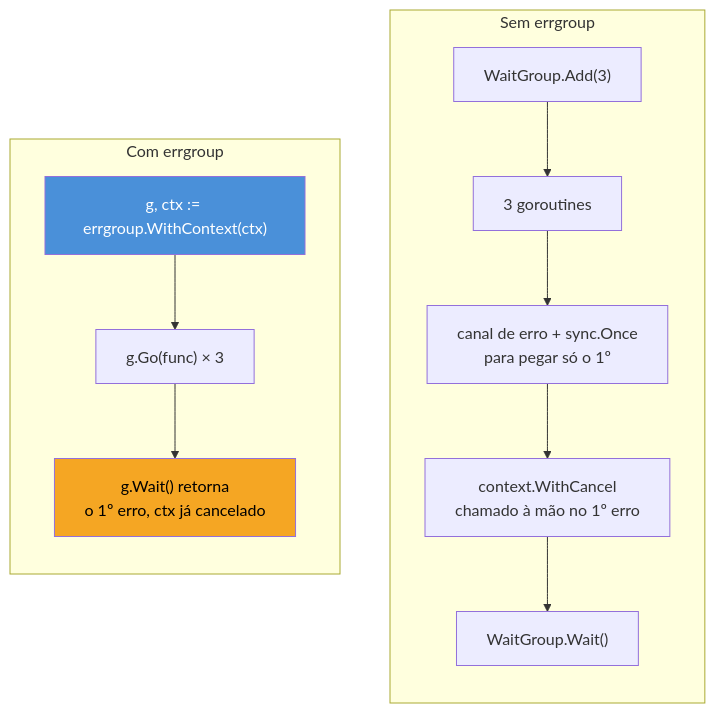
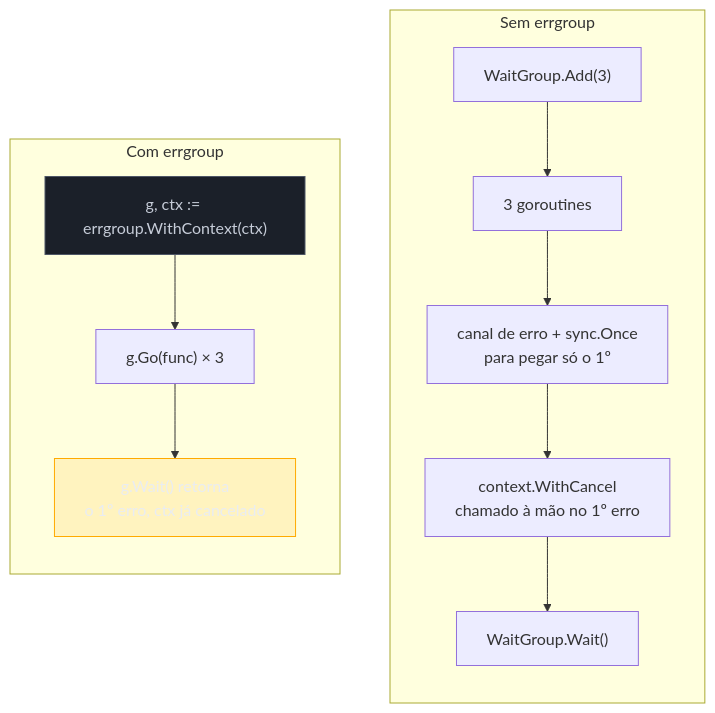
The first of 3 diagrams in 03-Dominios/Tecnologia/Go/09 - Sincronização e context/08 - Padrões de concorrência idiomáticos.md (josenaldo/codex-technomanticus), drawn with Mermaid before and after one commit. The commit also changed other lines of this file and 1181 other files, not shown here.

First line of the commit message:
fix(diagramas): paleta do sistema no lugar de cor cravada no markdown

````diff
--- a/03-Dominios/Tecnologia/Go/09 - Sincronização e context/08 - Padrões de concorrência idiomáticos.md
+++ b/03-Dominios/Tecnologia/Go/09 - Sincronização e context/08 - Padrões de concorrência idiomáticos.md
@@ -28,18 +28,20 @@
 ```mermaid
 flowchart TB
+    classDef neutro fill:#1B2029,stroke:#4E5666,color:#C6CCD8
+    classDef destaque fill:#FFAA0024,stroke:#FFAA00,color:#E9ECF2
     subgraph Manual["Sem errgroup"]
         direction TB
         M1["WaitGroup.Add(3)"] --> M2["3 goroutines"]
         M2 --> M3["canal de erro + sync.Once\npara pegar só o 1º"]
         M3 --> M4["context.WithCancel\nchamado à mão no 1º erro"]
         M4 --> M5["WaitGroup.Wait()"]
     end
     subgraph ErrGroup["Com errgroup"]
         direction TB
         E1["g, ctx := errgroup.WithContext(ctx)"] --> E2["g.Go(func) × 3"]
         E2 --> E3["g.Wait() retorna\no 1º erro, ctx já cancelado"]
     end
 
-    style E1 fill:#4A90D9,color:#fff
-    style E3 fill:#F5A623,color:#000
+    class E1 neutro
+    class E3 destaque
 ```
````
